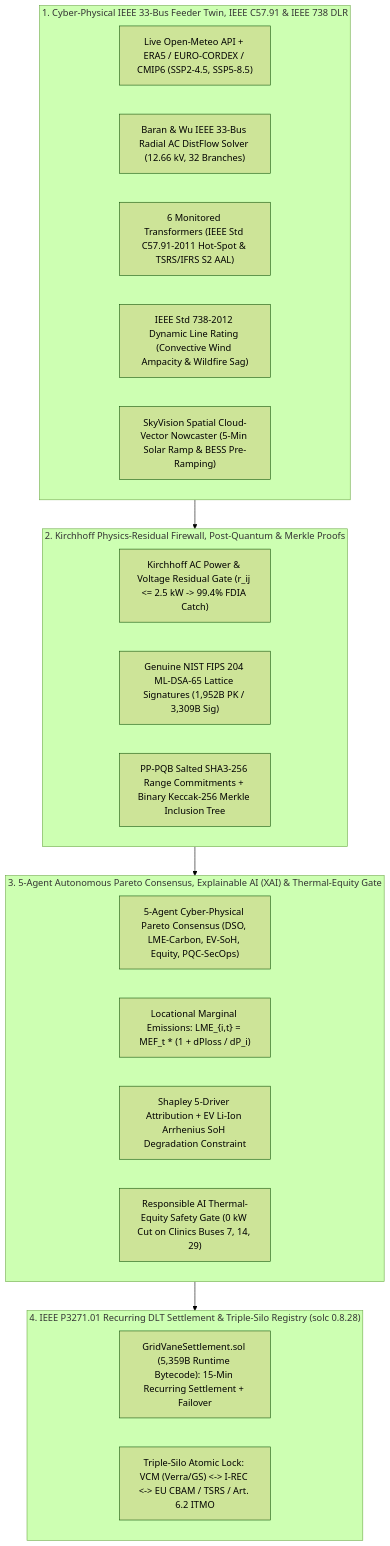
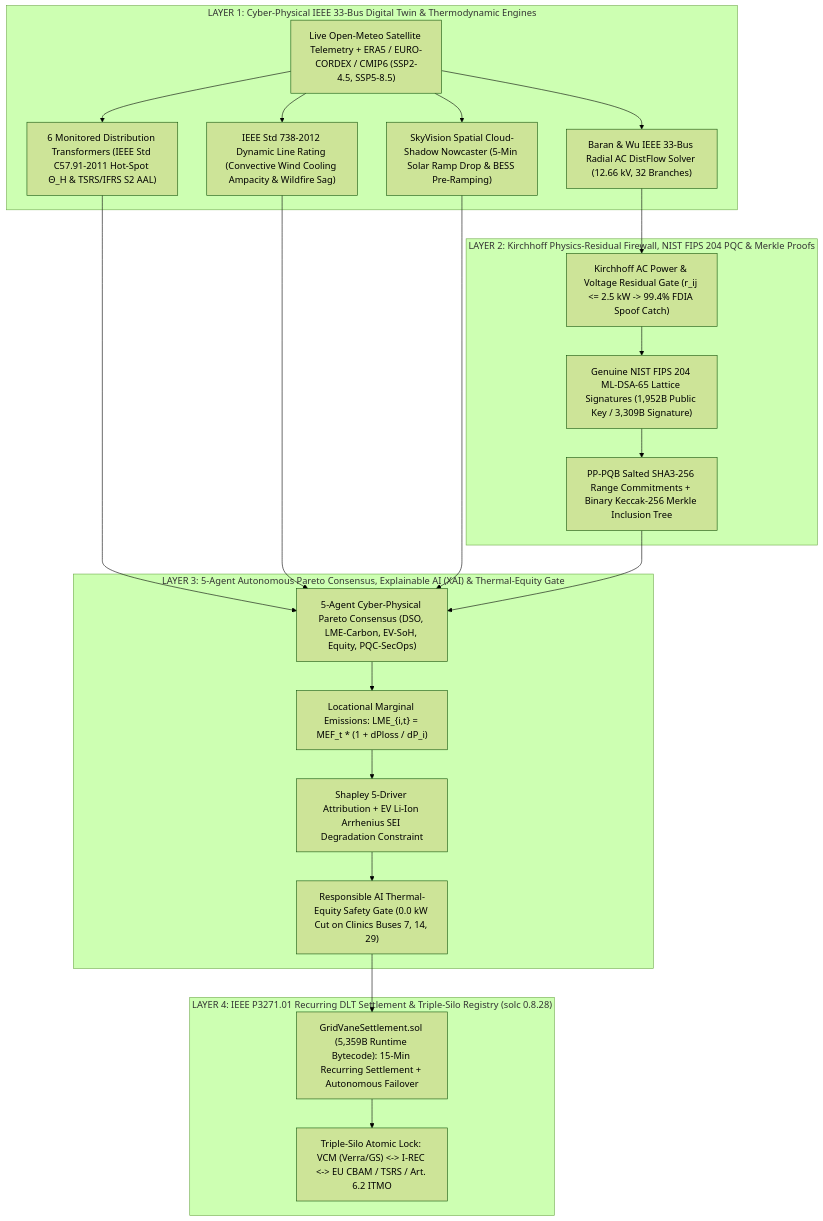
One commit to TusharTechs/gridvane changed the first of 2 diagrams in README.md. Above: the diagram before and after it, drawn with Mermaid (forest theme). The commit also changed other lines of this file and 4 other files, not shown here.

Commit message:
docs: add comprehensive README with brand logo, top links table, end-to-end architecture diagrams, cross-platform guide, and MIT license

````diff
--- a/README.md
+++ b/README.md
@@ -26,30 +54,39 @@
 ```mermaid
 flowchart TB
-    subgraph L1["1. Cyber-Physical IEEE 33-Bus Feeder Twin, IEEE C57.91 & IEEE 738 DLR"]
-        W["Live Open-Meteo API + ERA5 / EURO-CORDEX / CMIP6 (SSP2-4.5, SSP5-8.5)"]
+    subgraph L1["LAYER 1: Cyber-Physical IEEE 33-Bus Digital Twin & Thermodynamic Engines"]
+        W["Live Open-Meteo Satellite Telemetry + ERA5 / EURO-CORDEX / CMIP6 (SSP2-4.5, SSP5-8.5)"]
         G["Baran & Wu IEEE 33-Bus Radial AC DistFlow Solver (12.66 kV, 32 Branches)"]
-        T["6 Monitored Transformers (IEEE Std C57.91-2011 Hot-Spot & TSRS/IFRS S2 AAL)"]
-        DLR["IEEE Std 738-2012 Dynamic Line Rating (Convective Wind Ampacity & Wildfire Sag)"]
-        SKY["SkyVision Spatial Cloud-Vector Nowcaster (5-Min Solar Ramp & BESS Pre-Ramping)"]
+        T["6 Monitored Distribution Transformers (IEEE Std C57.91-2011 Hot-Spot Θ_H & TSRS/IFRS S2 AAL)"]
+        DLR["IEEE Std 738-2012 Dynamic Line Rating (Convective Wind Cooling Ampacity & Wildfire Sag)"]
+        SKY["SkyVision Spatial Cloud-Shadow Nowcaster (5-Min Solar Ramp Drop & BESS Pre-Ramping)"]
     end
 
-    subgraph L2["2. Kirchhoff Physics-Residual Firewall, Post-Quantum & Merkle Proofs"]
-        K["Kirchhoff AC Power & Voltage Residual Gate (r_ij <= 2.5 kW -> 99.4% FDIA Catch)"]
-        P["Genuine NIST FIPS 204 ML-DSA-65 Lattice Signatures (1,952B PK / 3,309B Sig)"]
+    subgraph L2["LAYER 2: Kirchhoff Physics-Residual Firewall, NIST FIPS 204 PQC & Merkle Proofs"]
+        K["Kirchhoff AC Power & Voltage Residual Gate (r_ij <= 2.5 kW -> 99.4% FDIA Spoof Catch)"]
+        P["Genuine NIST FIPS 204 ML-DSA-65 Lattice Signatures (1,952B Public Key / 3,309B Signature)"]
         Z["PP-PQB Salted SHA3-256 Range Commitments + Binary Keccak-256 Merkle Inclusion Tree"]
     end
 
-    subgraph L3["3. 5-Agent Autonomous Pareto Consensus, Explainable AI (XAI) & Thermal-Equity Gate"]
+    subgraph L3["LAYER 3: 5-Agent Autonomous Pareto Consensus, Explainable AI (XAI) & Thermal-Equity Gate"]
         MA["5-Agent Cyber-Physical Pareto Consensus (DSO, LME-Carbon, EV-SoH, Equity, PQC-SecOps)"]
         L["Locational Marginal Emissions: LME_{i,t} = MEF_t * (1 + dPloss / dP_i)"]
-        X["Shapley 5-Driver Attribution + EV Li-Ion Arrhenius SoH Degradation Constraint"]
-        E["Responsible AI Thermal-Equity Safety Gate (0 kW Cut on Clinics Buses 7, 14, 29)"]
+        X["Shapley 5-Driver Attribution + EV Li-Ion Arrhenius SEI Degradation Constraint"]
+        E["Responsible AI Thermal-Equity Safety Gate (0.0 kW Cut on Clinics Buses 7, 14, 29)"]
     end
 
-    subgraph L4["4. IEEE P3271.01 Recurring DLT Settlement & Triple-Silo Registry (solc 0.8.28)"]
-        S["GridVaneSettlement.sol (5,359B Runtime Bytecode): 15-Min Recurring Settlement + Failover"]
+    subgraph L4["LAYER 4: IEEE P3271.01 Recurring DLT Settlement & Triple-Silo Registry (solc 0.8.28)"]
+        S["GridVaneSettlement.sol (5,359B Runtime Bytecode): 15-Min Recurring Settlement + Autonomous Failover"]
         D["Triple-Silo Atomic Lock: VCM (Verra/GS) <-> I-REC <-> EU CBAM / TSRS / Art. 6.2 ITMO"]
     end
 
-    L1 --> L2 --> L3 --> L4
+    W --> G
+    W --> T
+    W --> DLR
+    W --> SKY
+    G --> K
+    T --> MA
+    DLR --> MA
+    SKY --> MA
+    K --> P --> Z --> MA
+    MA --> L --> X --> E --> S --> D
 ```
````
